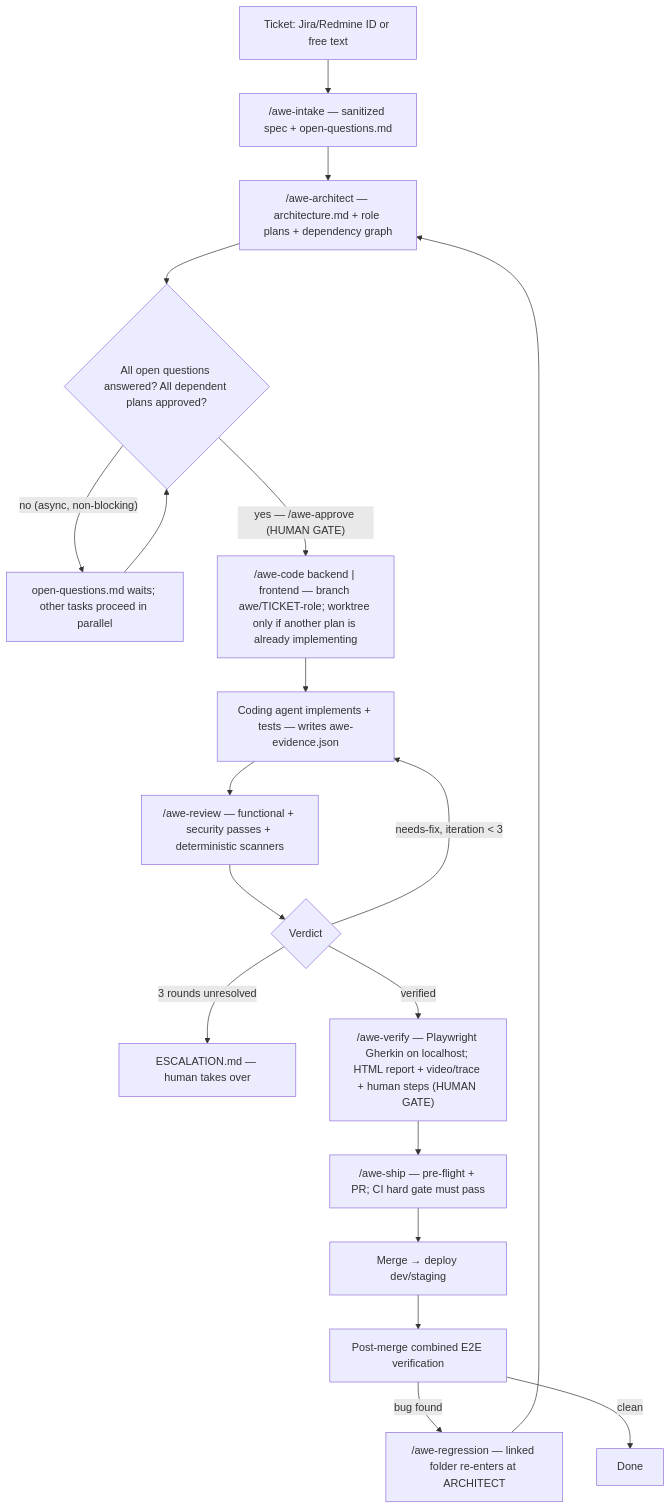
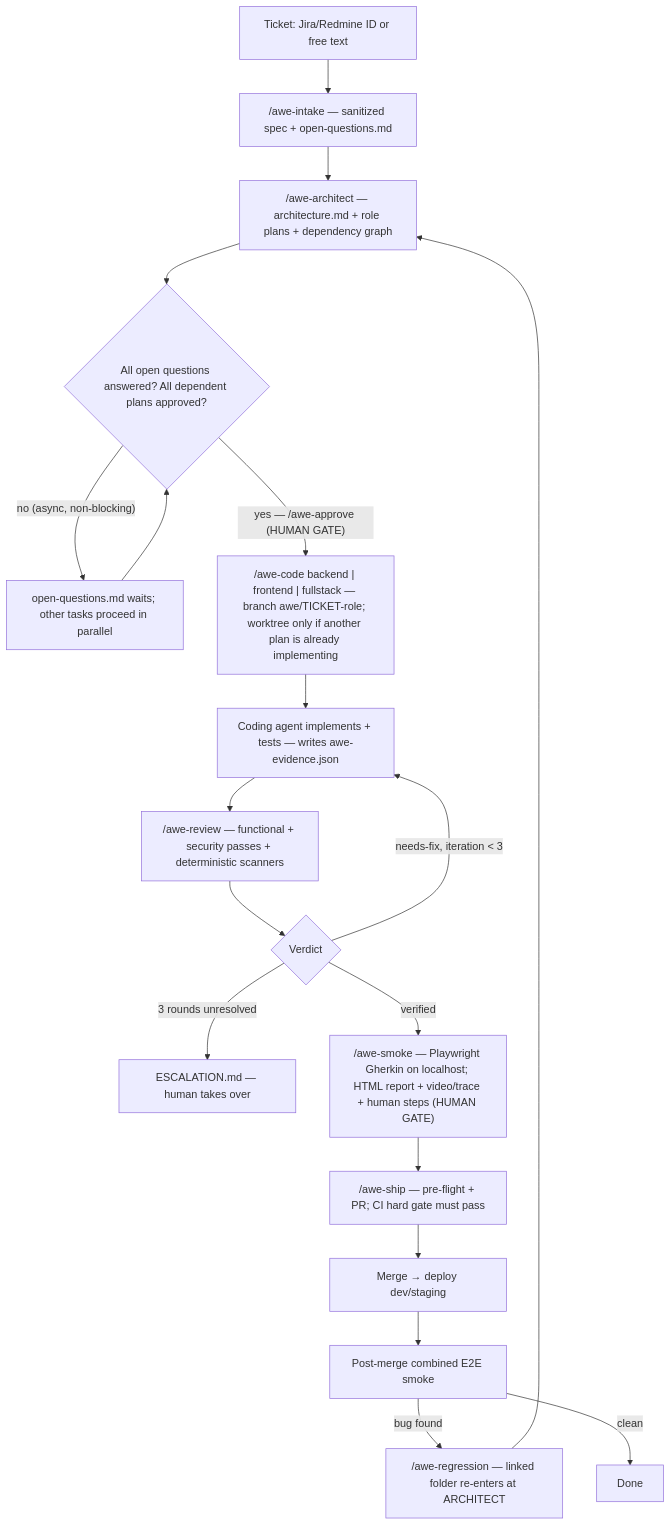
One commit to muizather/rt-coding-essentials changed the first of 11 diagrams in docs/FLOW.md. Above: the diagram before and after it, drawn with Mermaid. The commit also changed other lines of this file and 44 other files, not shown here.

First line of the commit message:
Ship smoke tester, fullstack role, and optional architect briefing docs.

````diff
--- a/docs/FLOW.md
+++ b/docs/FLOW.md
@@ -16,21 +16,21 @@
 ```mermaid
 flowchart TD
     A["Ticket: Jira/Redmine ID or free text"] --> B["/awe-intake — sanitized spec + open-questions.md"]
     B --> C["/awe-architect — architecture.md + role plans + dependency graph"]
     C --> D{"All open questions answered? All dependent plans approved?"}
     D -- "no (async, non-blocking)" --> DQ["open-questions.md waits; other tasks proceed in parallel"]
     DQ --> D
-    D -- "yes — /awe-approve (HUMAN GATE)" --> E["/awe-code backend | frontend — branch awe/TICKET-role; worktree only if another plan is already implementing"]
+    D -- "yes — /awe-approve (HUMAN GATE)" --> E["/awe-code backend | frontend | fullstack — branch awe/TICKET-role; worktree only if another plan is already implementing"]
     E --> F["Coding agent implements + tests — writes awe-evidence.json"]
     F --> G["/awe-review — functional + security passes + deterministic scanners"]
     G --> H{"Verdict"}
     H -- "needs-fix, iteration < 3" --> F
     H -- "3 rounds unresolved" --> ESC["ESCALATION.md — human takes over"]
-    H -- "verified" --> I["/awe-verify — Playwright Gherkin on localhost; HTML report + video/trace + human steps (HUMAN GATE)"]
+    H -- "verified" --> I["/awe-smoke — Playwright Gherkin on localhost; HTML report + video/trace + human steps (HUMAN GATE)"]
     I --> J["/awe-ship — pre-flight + PR; CI hard gate must pass"]
     J --> K["Merge → deploy dev/staging"]
-    K --> L["Post-merge combined E2E verification"]
+    K --> L["Post-merge combined E2E smoke"]
     L -- "bug found" --> M["/awe-regression — linked folder re-enters at ARCHITECT"]
     M --> C
     L -- "clean" --> N["Done"]
 ```
````
